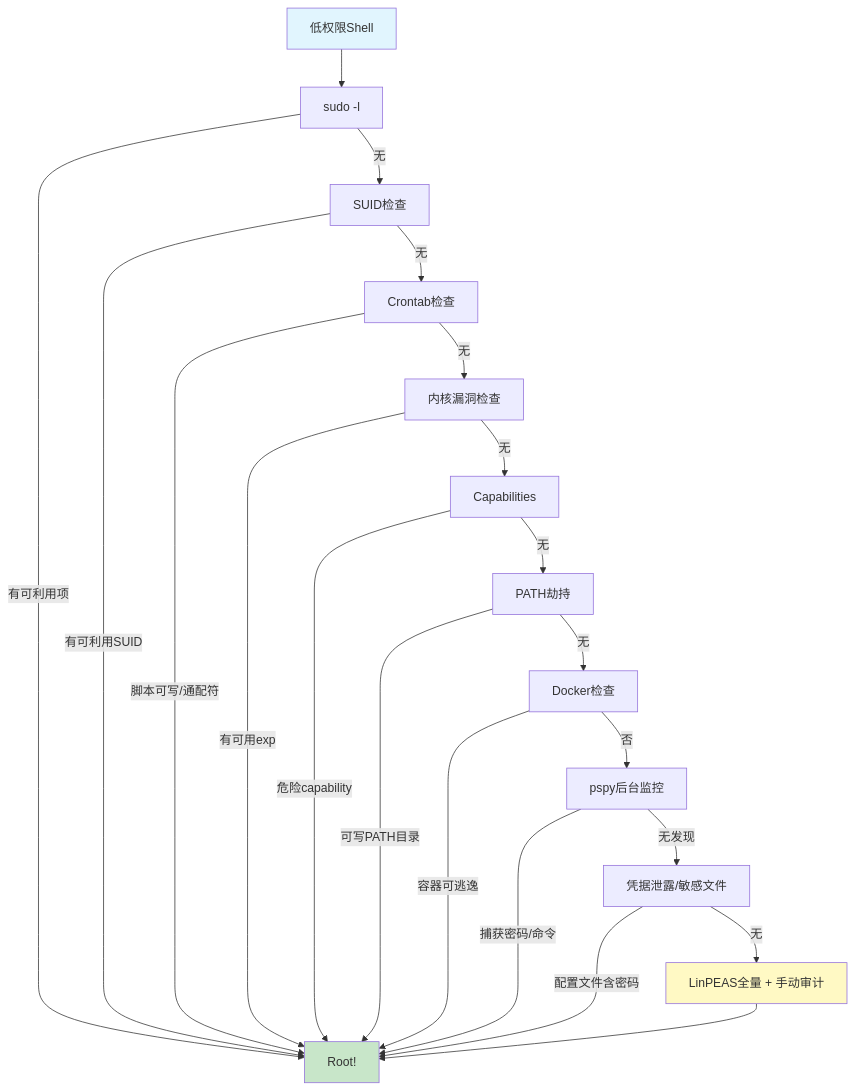
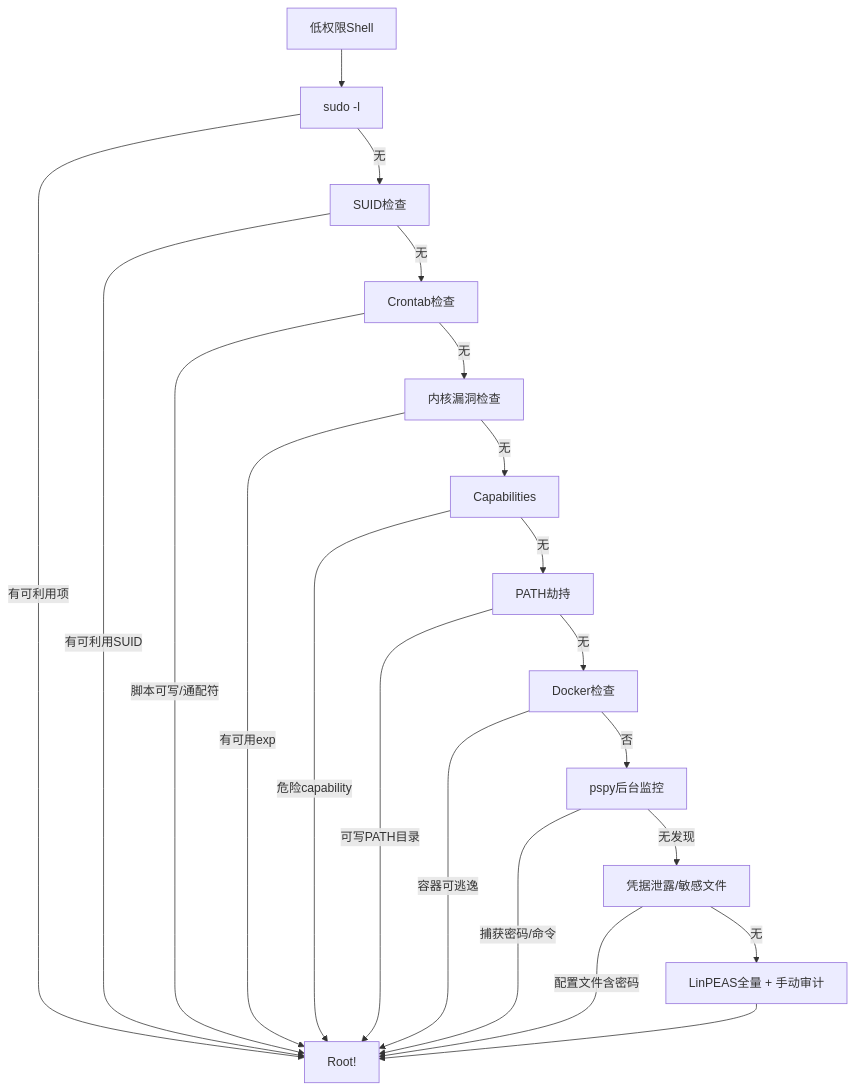
One commit to congliang/congliang.github.io changed the second of 2 diagrams in source/_posts/Linux-privesc-methodology.md. Above: the diagram before and after it, drawn with Mermaid. The commit also changed other lines of this file and 42 other files, not shown here.

Commit message:
优化 Mermaid 图表渲染兼容性

````diff
--- a/source/_posts/Linux-privesc-methodology.md
+++ b/source/_posts/Linux-privesc-methodology.md
@@ -251,27 +251,24 @@
 ```mermaid
 graph TD
     START[低权限Shell] --> S1[sudo -l]
-    S1 -->|有可利用项| ROOT[Root!]
+    S1 -->|有可利用项| ROOT["Root!"]
     S1 -->|无| S2[SUID检查]
     S2 -->|有可利用SUID| ROOT
     S2 -->|无| S3[Crontab检查]
     S3 -->|脚本可写/通配符| ROOT
     S3 -->|无| S4[内核漏洞检查]
     S4 -->|有可用exp| ROOT
     S4 -->|无| S5[Capabilities]
     S5 -->|危险capability| ROOT
     S5 -->|无| S6[PATH劫持]
     S6 -->|可写PATH目录| ROOT
     S6 -->|无| S7[Docker检查]
     S7 -->|容器可逃逸| ROOT
     S7 -->|否| S8[pspy后台监控]
     S8 -->|捕获密码/命令| ROOT
-    S8 -->|无发现| S9[凭据泄露/敏感文件]
+    S8 -->|无发现| S9["凭据泄露/敏感文件"]
     S9 -->|配置文件含密码| ROOT
     S9 -->|无| FINAL[LinPEAS全量 + 手动审计]
     FINAL --> ROOT
 
-    style START fill:#e1f5fe
-    style ROOT fill:#c8e6c9
-    style FINAL fill:#fff9c4
 ```
````
